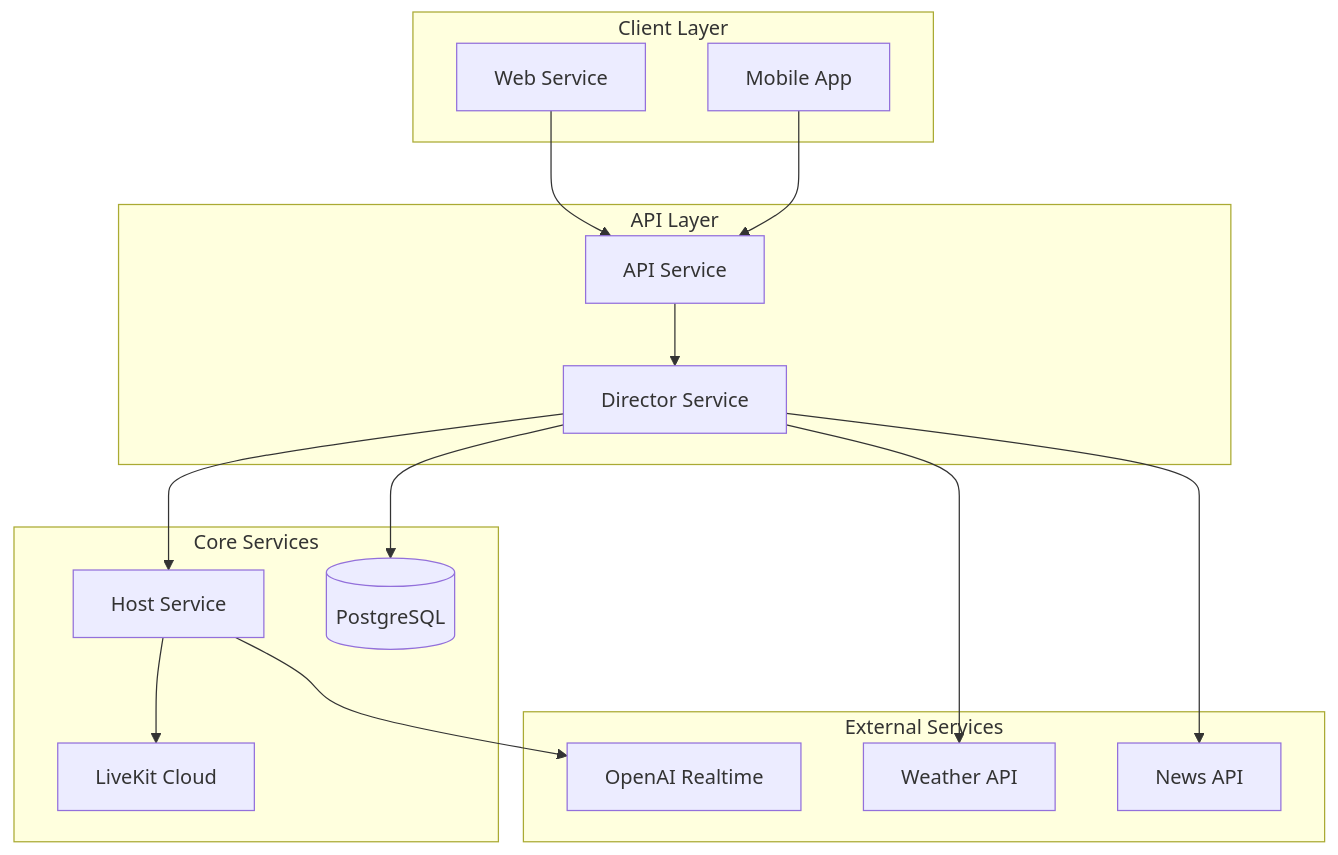
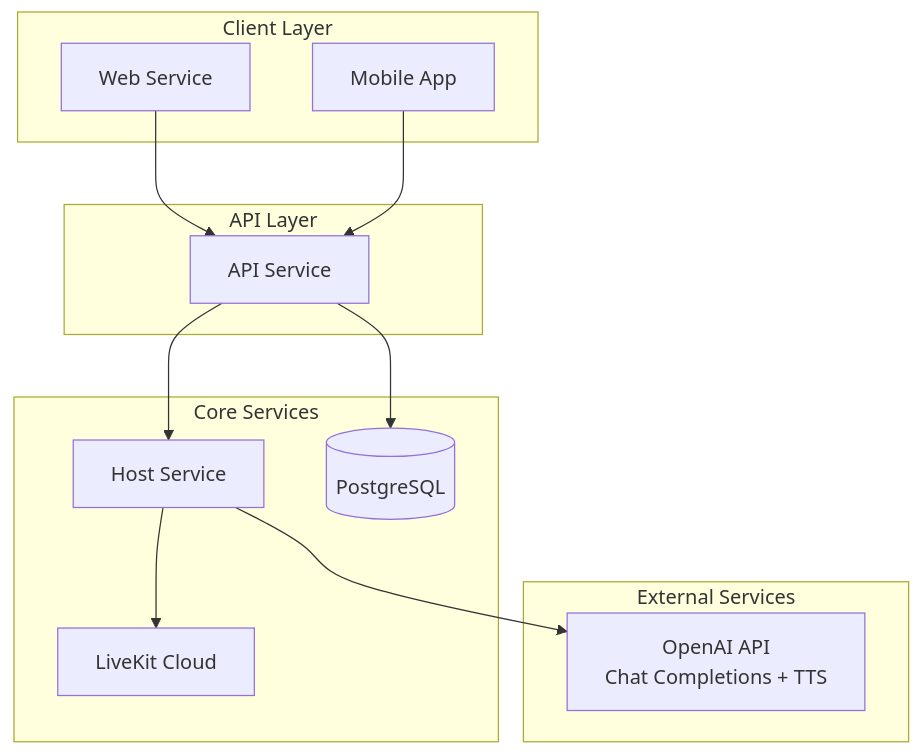
One commit to IzmYuta/Hacz_Ichthyo changed the diagram in docs/microservices-architecture.md. Above: the diagram before and after it, drawn with Mermaid. The commit also changed other lines of this file and 4 other files, not shown here.

````diff
--- a/docs/microservices-architecture.md
+++ b/docs/microservices-architecture.md
@@ -49,34 +40,28 @@
 ```mermaid
 graph TB
     subgraph "Client Layer"
         Web[Web Service]
         Mobile[Mobile App]
     end
     
     subgraph "API Layer"
         API[API Service]
-        Director[Director Service]
     end
     
     subgraph "Core Services"
         Host[Host Service]
         DB[(PostgreSQL)]
         LiveKit[LiveKit Cloud]
     end
     
     subgraph "External Services"
-        OpenAI[OpenAI Realtime]
-        Weather[Weather API]
-        News[News API]
+        OpenAI[OpenAI API<br/>Chat Completions + TTS]
     end
     
     Web --> API
     Mobile --> API
-    API --> Director
-    Director --> Host
-    Director --> DB
+    API --> Host
+    API --> DB
     Host --> LiveKit
     Host --> OpenAI
-    Director --> Weather
-    Director --> News
 ```
````
